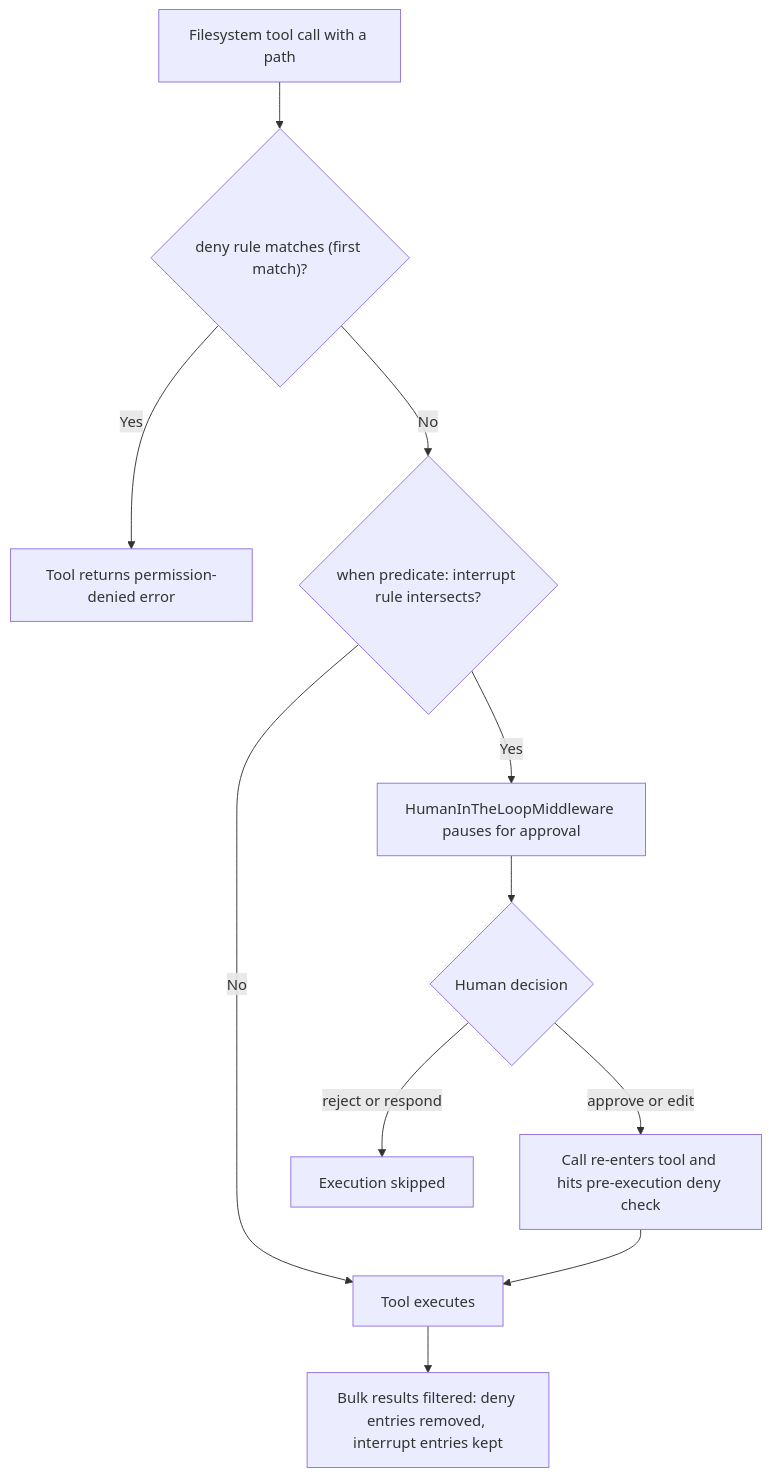
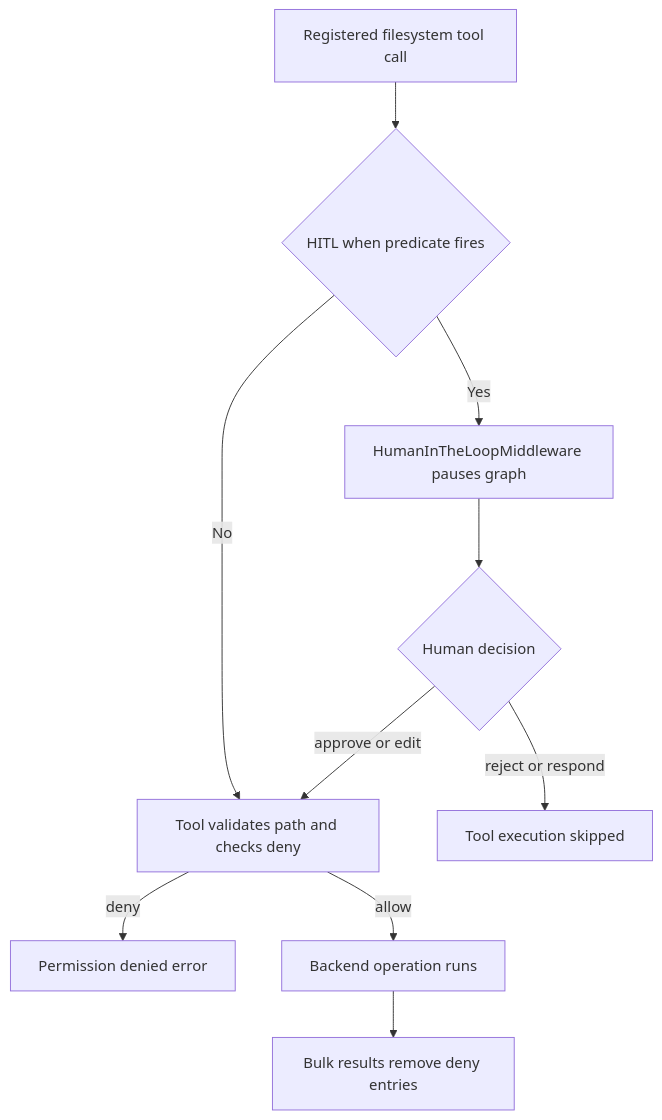
The diagram in openwiki/concepts/permissions-hitl.md (langchain-ai/deepagents), drawn with Mermaid before and after one commit. The commit also changed other lines of this file and 28 other files, not shown here.

````diff
--- a/openwiki/concepts/permissions-hitl.md
+++ b/openwiki/concepts/permissions-hitl.md
@@ -156,13 +162,12 @@
 ```mermaid
 flowchart TD
-    Call["Filesystem tool call with a path"] --> Deny{"deny rule matches (first match)?"}
-    Deny -->|Yes| Err["Tool returns permission-denied error"]
-    Deny -->|No| When{"when predicate: interrupt rule intersects?"}
-    When -->|Yes| HITL["HumanInTheLoopMiddleware pauses for approval"]
-    HITL --> Decision{"Human decision"}
-    Decision -->|approve or edit| Reenter["Call re-enters tool and hits pre-execution deny check"]
-    Decision -->|reject or respond| Skip["Execution skipped"]
-    When -->|No| Run["Tool executes"]
-    Reenter --> Run
-    Run --> Filter["Bulk results filtered: deny entries removed, interrupt entries kept"]
+    Call["Registered filesystem tool call"] --> Gate{"HITL when predicate fires"}
+    Gate -->|No| Check["Tool validates path and checks deny"]
+    Gate -->|Yes| Pause["HumanInTheLoopMiddleware pauses graph"]
+    Pause --> Decision{"Human decision"}
+    Decision -->|approve or edit| Check
+    Decision -->|reject or respond| Skip["Tool execution skipped"]
+    Check -->|deny| Error["Permission denied error"]
+    Check -->|allow| Run["Backend operation runs"]
+    Run --> Filter["Bulk results remove deny entries"]
 ```
````
